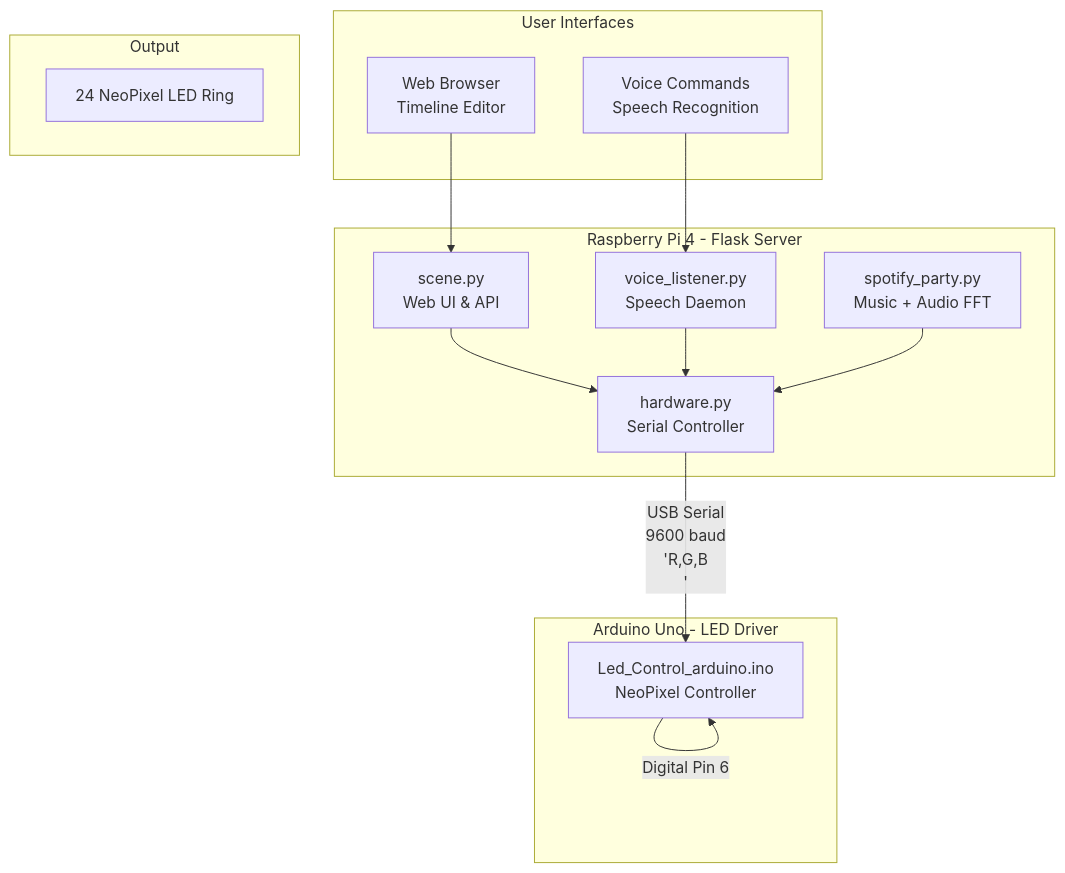
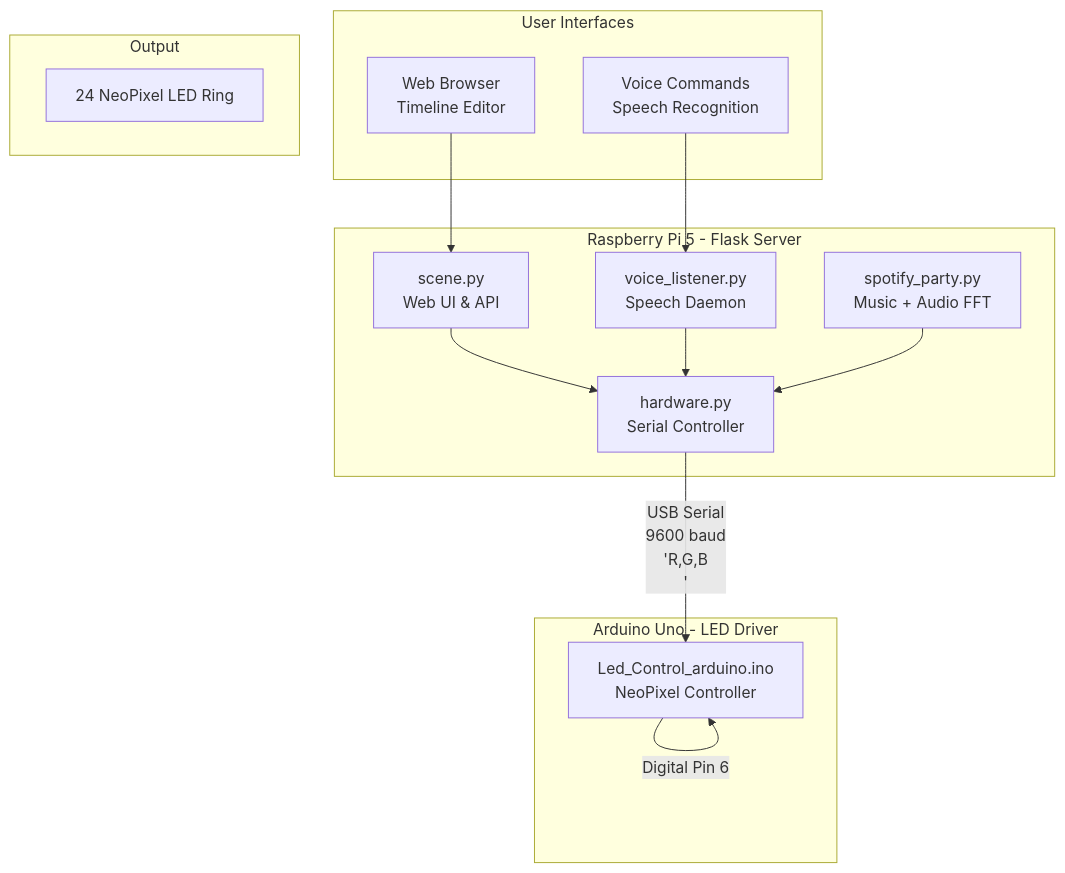
Before and after one commit to ji227/Jesse-Iriah-s-Lab-Hub: the diagram in Final Project/FinalProject.md, drawn with Mermaid. The commit also changed other lines of this file, not shown here.

````diff
--- a/Final Project/FinalProject.md
+++ b/Final Project/FinalProject.md
@@ -249,32 +250,32 @@
 ```mermaid
 graph TD
     subgraph UI["User Interfaces"]
         UI1["Web Browser<br/>Timeline Editor"]
         UI2["Voice Commands<br/>Speech Recognition"]
     end
 
-    subgraph PI["Raspberry Pi 4 - Flask Server"]
+    subgraph PI["Raspberry Pi 5 - Flask Server"]
         SCENE["scene.py<br/>Web UI & API"]
         VOICE["voice_listener.py<br/>Speech Daemon"]
         SPOTIFY["spotify_party.py<br/>Music + Audio FFT"]
         HW["hardware.py<br/>Serial Controller"]
     end
 
     subgraph ARDUINO_BOX["Arduino Uno - LED Driver"]
         ARDUINO["Led_Control_arduino.ino<br/>NeoPixel Controller"]
     end
 
     subgraph OUTPUT["Output"]
         LED["24 NeoPixel LED Ring"]
     end
 
     UI1 --> SCENE
     UI2 --> VOICE
     
     SCENE --> HW
     VOICE --> HW
     SPOTIFY --> HW
     
     HW -->|"USB Serial<br/>9600 baud<br/>'R,G,B\n'"| ARDUINO
     ARDUINO -->|"Digital Pin 6"| ARDUINO
 ```
````
